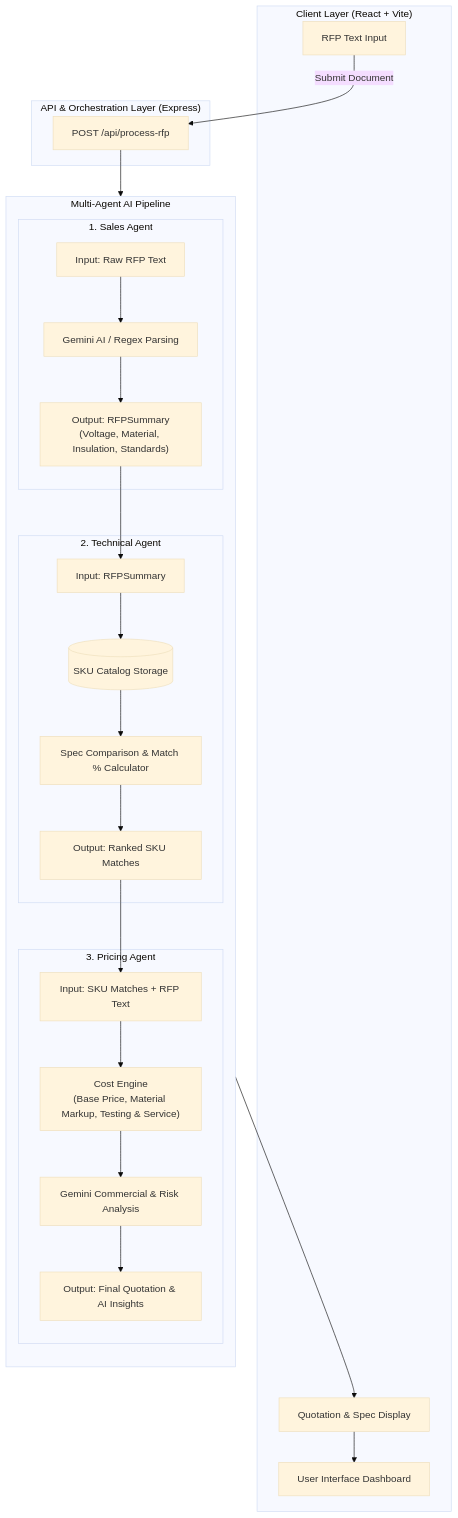
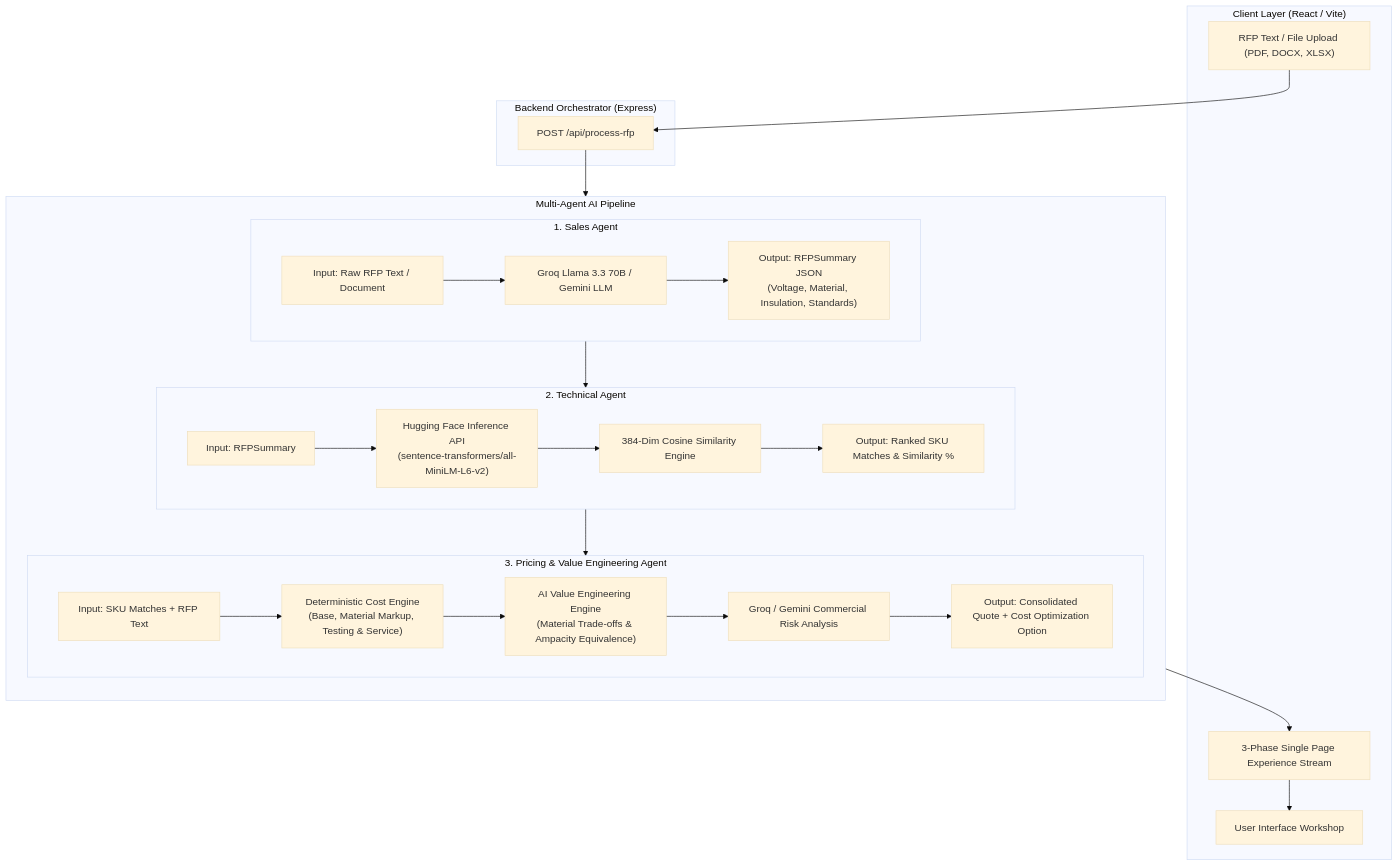
One commit to AnshMNSoni/B2B-RFP-Project changed the first of 2 diagrams in README.md. Above: the diagram before and after it, drawn with Mermaid (base theme). The commit also changed other lines of this file and 28 other files, not shown here.

````diff
--- a/README.md
+++ b/README.md
@@ -79,46 +107,47 @@
 ```mermaid
 flowchart TD
-    subgraph Frontend ["Client Layer (React + Vite)"]
-        UI["User Interface Dashboard"]
-        Input["RFP Text Input"]
-        Output["Quotation & Spec Display"]
+    subgraph Client ["Client Layer (React / Vite)"]
+        UI["User Interface Workshop"]
+        Input["RFP Text / File Upload (PDF, DOCX, XLSX)"]
+        Output["3-Phase Single Page Experience Stream"]
     end
 
-    subgraph API ["API & Orchestration Layer (Express)"]
+    subgraph Backend ["Backend Orchestrator (Express)"]
         Endpoint["POST /api/process-rfp"]
     end
 
     subgraph Agents ["Multi-Agent AI Pipeline"]
         direction TB
         
         subgraph Agent1 ["1. Sales Agent"]
-            SA_In["Input: Raw RFP Text"]
-            SA_AI["Gemini AI / Regex Parsing"]
-            SA_Out["Output: RFPSummary<br/>(Voltage, Material, Insulation, Standards)"]
-            SA_In --> SA_AI --> SA_Out
+            SA_In["Input: Raw RFP Text / Document"]
+            SA_LLM["Groq Llama 3.3 70B / Gemini LLM"]
+            SA_Out["Output: RFPSummary JSON<br/>(Voltage, Material, Insulation, Standards)"]
+            SA_In --> SA_LLM --> SA_Out
         end
 
         subgraph Agent2 ["2. Technical Agent"]
             TA_In["Input: RFPSummary"]
-            TA_Catalog[("SKU Catalog Storage")]
-            TA_Match["Spec Comparison & Match % Calculator"]
-            TA_Out["Output: Ranked SKU Matches"]
-            TA_In --> TA_Catalog --> TA_Match --> TA_Out
+            TA_HF["Hugging Face Inference API<br/>(sentence-transformers/all-MiniLM-L6-v2)"]
+            TA_Cosine["384-Dim Cosine Similarity Engine"]
+            TA_Out["Output: Ranked SKU Matches & Similarity %"]
+            TA_In --> TA_HF --> TA_Cosine --> TA_Out
         end
 
-        subgraph Agent3 ["3. Pricing Agent"]
+        subgraph Agent3 ["3. Pricing & Value Engineering Agent"]
             PA_In["Input: SKU Matches + RFP Text"]
-            PA_Pricing["Cost Engine<br/>(Base Price, Material Markup, Testing & Service)"]
-            PA_AI["Gemini Commercial & Risk Analysis"]
-            PA_Out["Output: Final Quotation & AI Insights"]
-            PA_In --> PA_Pricing --> PA_AI --> PA_Out
+            PA_Math["Deterministic Cost Engine<br/>(Base, Material Markup, Testing & Service)"]
+            PA_VE["AI Value Engineering Engine<br/>(Material Trade-offs & Ampacity Equivalence)"]
+            PA_LLM["Groq / Gemini Commercial Risk Analysis"]
+            PA_Out["Output: Consolidated Quote + Cost Optimization Option"]
+            PA_In --> PA_Math --> PA_VE --> PA_LLM --> PA_Out
         end
     end
 
-    Input -->|Submit Document| Endpoint
-    Endpoint --> SA_In
-    SA_Out --> TA_In
-    TA_Out --> PA_In
-    PA_Out --> Output
+    Input --> Endpoint
+    Endpoint --> Agent1
+    Agent1 --> Agent2
+    Agent2 --> Agent3
+    Agent3 --> Output
     Output --> UI
 ```
````
